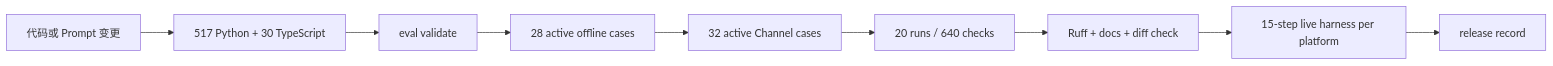
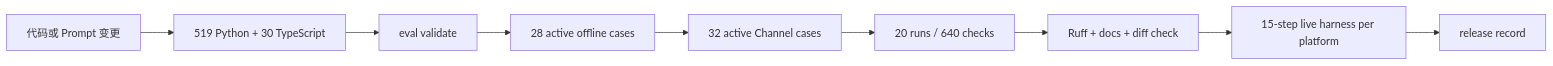
The diagram in docs/evals/README.md (NEDONION/lobster0), drawn with Mermaid before and after one commit. The commit also changed other lines of this file and 29 other files, not shown here.

````diff
--- a/docs/evals/README.md
+++ b/docs/evals/README.md
@@ -18,11 +18,11 @@
 ```mermaid
 flowchart LR
-    CHANGE["代码或 Prompt 变更"] --> UNIT["517 Python + 30 TypeScript"]
+    CHANGE["代码或 Prompt 变更"] --> UNIT["519 Python + 30 TypeScript"]
     UNIT --> VALIDATE["eval validate"]
     VALIDATE --> OFFLINE["28 active offline cases"]
     OFFLINE --> CHANNEL["32 active Channel cases"]
     CHANNEL --> SOAK["20 runs / 640 checks"]
     SOAK --> RUFF["Ruff + docs + diff check"]
     RUFF --> LIVE["15-step live harness per platform"]
     LIVE --> RECORD["release record"]
 ```
````
